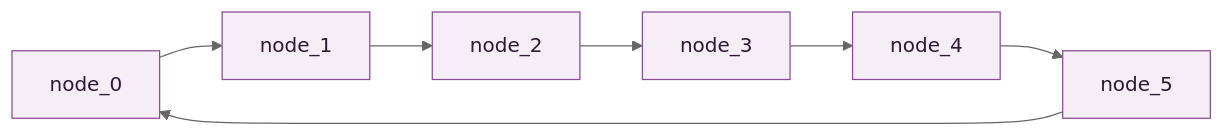
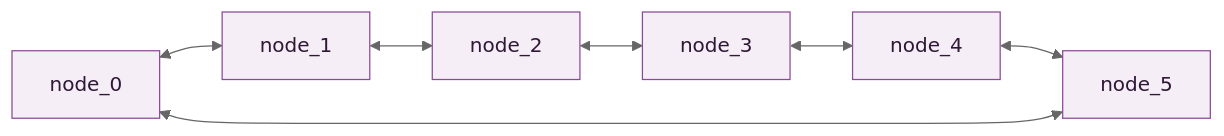
One commit to jdavidberger/SpinalHDLExtras changed the fifth of 15 diagrams in hw/spinal/spinalextras/lib/noc/ARCHITECTURE.md. Above: the diagram before and after it, drawn with Mermaid (neutral theme). The commit also changed other lines of this file, not shown here.

First line of the commit message:
docs(noc): fix mesh/torus grid layout and sequence diagram render error

````diff
--- a/hw/spinal/spinalextras/lib/noc/ARCHITECTURE.md
+++ b/hw/spinal/spinalextras/lib/noc/ARCHITECTURE.md
@@ -178,5 +179,5 @@
 ```mermaid
 flowchart LR
   classDef node fill:#f5eef7,stroke:#8a4a97,color:#2f1834
-  N0["node_0"]:::node --> N1["node_1"]:::node --> N2["node_2"]:::node --> N3["node_3"]:::node --> N4["node_4"]:::node --> N5["node_5"]:::node --> N0
+  N0["node_0"]:::node <--> N1["node_1"]:::node <--> N2["node_2"]:::node <--> N3["node_3"]:::node <--> N4["node_4"]:::node <--> N5["node_5"]:::node <--> N0
 ```
````
